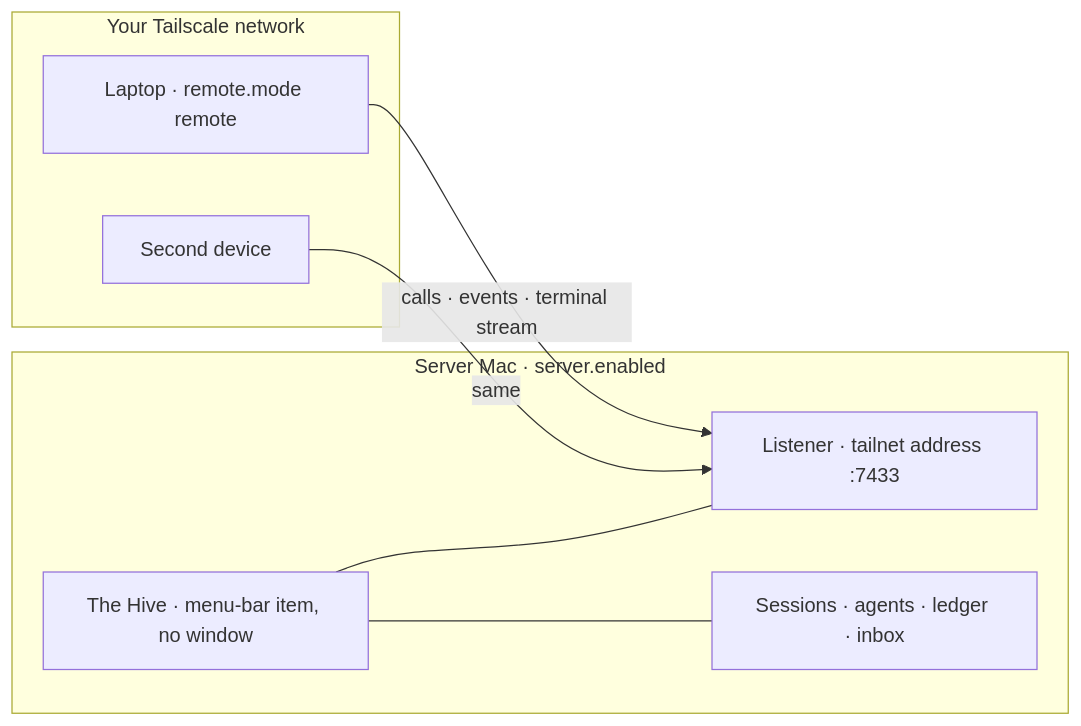
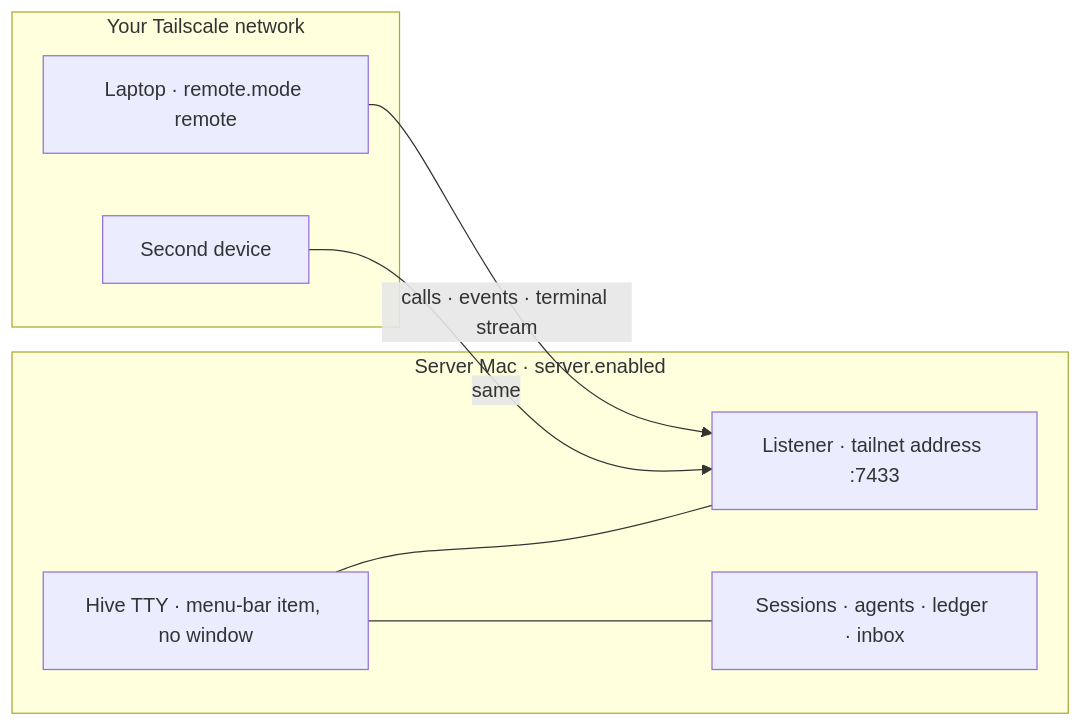
Before and after one commit to behiques/hivetty: the diagram in docs/assets/diagrams/remote-topology.mmd, drawn with Mermaid. The commit also changed 45 other files, not shown here.

```diff
--- a/docs/assets/diagrams/remote-topology.mmd
+++ b/docs/assets/diagrams/remote-topology.mmd
@@ -1,14 +1,14 @@
 flowchart LR
   subgraph srv [Server Mac · server.enabled]
-    app[The Hive · menu-bar item, no window]
+    app[Hive TTY · menu-bar item, no window]
     lis[Listener · tailnet address :7433]
     work[Sessions · agents · ledger · inbox]
   end
   subgraph net [Your Tailscale network]
     a[Laptop · remote.mode remote]
     b[Second device]
   end
   app --- lis
   app --- work
   a -->|calls · events · terminal stream| lis
   b -->|same| lis
```
